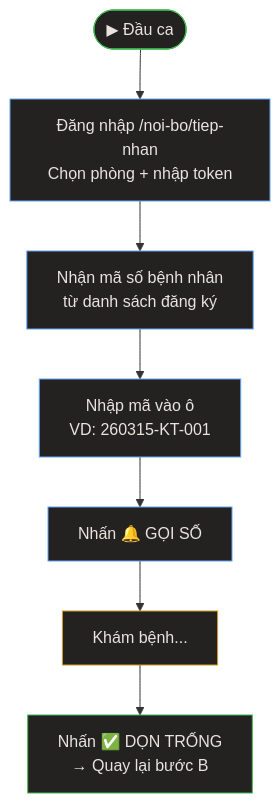
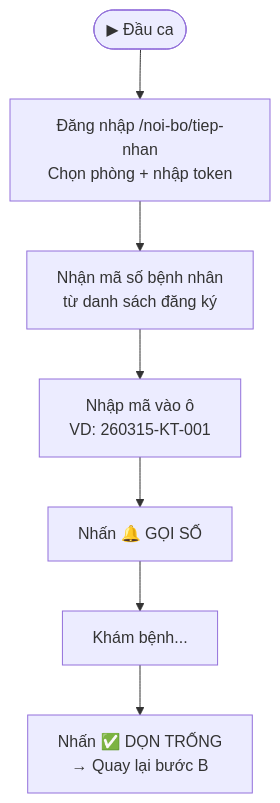
Before and after one commit to relukdev/PhuSanAnSinh: the second of 3 diagrams in src/pages/huong-dan/vai-tro-trach-nhiem.md, drawn with Mermaid. The commit also changed other lines of this file and 6 other files, not shown here.

Commit message:
fix(mermaid): remove dark inline styles from all diagrams, use default theme

````diff
--- a/src/pages/huong-dan/vai-tro-trach-nhiem.md
+++ b/src/pages/huong-dan/vai-tro-trach-nhiem.md
@@ -86,17 +81,9 @@
 ```mermaid
 graph TB
-    style S fill:#232221,stroke:#3fb950,color:#E8E5DF
-    style A fill:#232221,stroke:#60A5FA,color:#E8E5DF
-    style B fill:#232221,stroke:#60A5FA,color:#E8E5DF
-    style C fill:#232221,stroke:#60A5FA,color:#E8E5DF
-    style D fill:#232221,stroke:#60A5FA,color:#E8E5DF
-    style E fill:#232221,stroke:#d29922,color:#E8E5DF
-    style F fill:#232221,stroke:#3fb950,color:#E8E5DF
-
     S(["▶ Đầu ca"]) --> A["Đăng nhập /noi-bo/tiep-nhan<br/>Chọn phòng + nhập token"]
     A --> B["Nhận mã số bệnh nhân<br/>từ danh sách đăng ký"]
     B --> C["Nhập mã vào ô<br/>VD: 260315-KT-001"]
     C --> D["Nhấn 🔔 GỌI SỐ"]
     D --> E["Khám bệnh..."]
     E --> F["Nhấn ✅ DỌN TRỐNG<br/>→ Quay lại bước B"]
 ```
````
